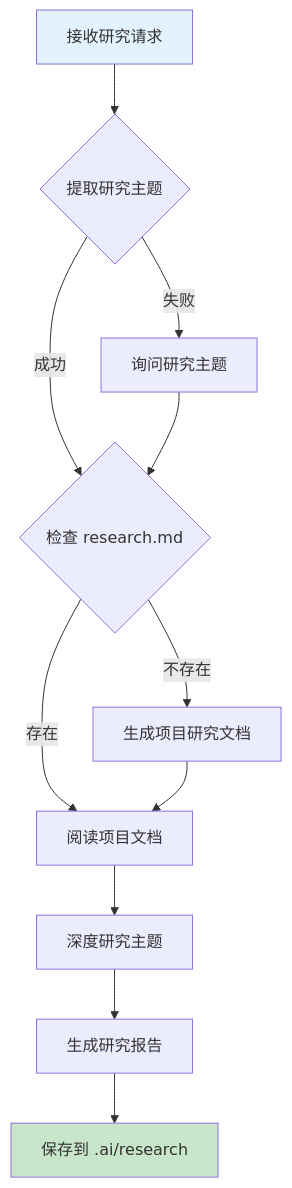
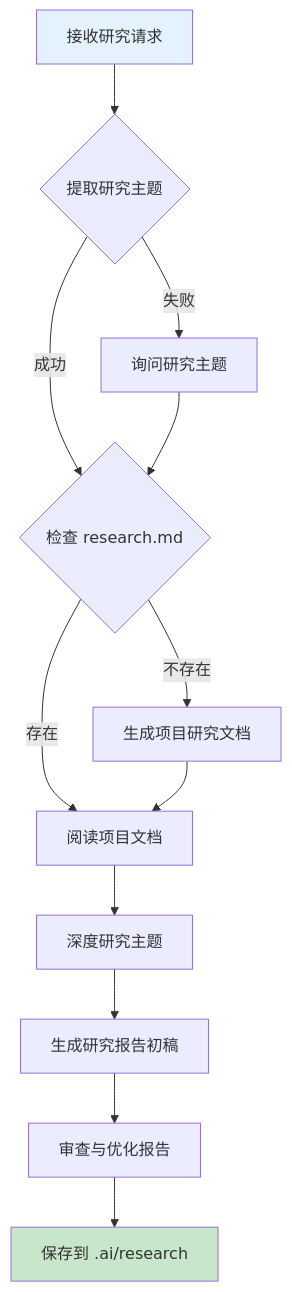
Before and after one commit to undefine4080/ethan-ai-toolkit: the first of 3 diagrams in code-project-research/SKILL.md, drawn with Mermaid. The commit also changed other lines of this file, not shown here.

Commit message:
feat: 更新 code-research

````diff
--- a/code-project-research/SKILL.md
+++ b/code-project-research/SKILL.md
@@ -13,18 +13,19 @@
 ```mermaid
 flowchart TD
     A[接收研究请求] --> B{提取研究主题}
     B -->|成功| C{检查 research.md}
     B -->|失败| D[询问研究主题]
     D --> C
 
     C -->|不存在| E[生成项目研究文档]
     C -->|存在| F[阅读项目文档]
     E --> F
 
     F --> G[深度研究主题]
-    G --> H[生成研究报告]
-    H --> I[保存到 .ai/research]
+    G --> H[生成研究报告初稿]
+    H --> I[审查与优化报告]
+    I --> J[保存到 .ai/research]
 
     style A fill:#e3f2fd
-    style I fill:#c8e6c9
+    style J fill:#c8e6c9
 ```
````
